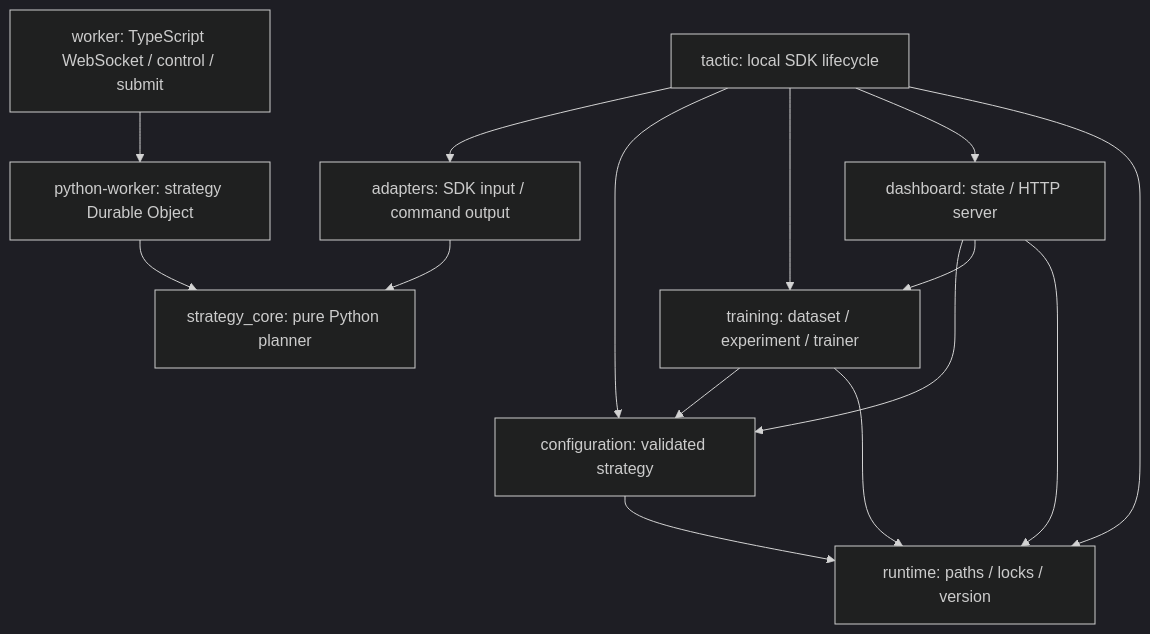
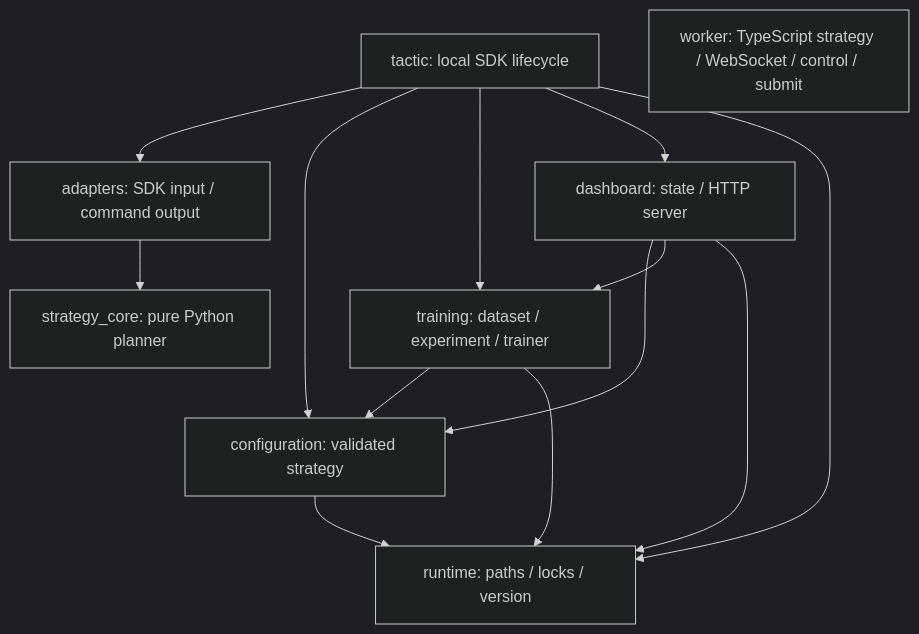
One commit to HySand/arena-hero-balanced-tactic changed the diagram in docs/PROJECT_STRUCTURE.md. Above: the diagram before and after it, drawn with Mermaid (dark theme). The commit also changed other lines of this file and 40 other files, not shown here.

````diff
--- a/docs/PROJECT_STRUCTURE.md
+++ b/docs/PROJECT_STRUCTURE.md
@@ -5,27 +5,24 @@
 ```mermaid
 graph TD
     R["runtime: paths / locks / version"]
     C["configuration: validated strategy"]
     T["training: dataset / experiment / trainer"]
     D["dashboard: state / HTTP server"]
     S["strategy_core: pure Python planner"]
     A["adapters: SDK input / command output"]
     E["tactic: local SDK lifecycle"]
-    PW["python-worker: strategy Durable Object"]
-    W["worker: TypeScript WebSocket / control / submit"]
+    W["worker: TypeScript strategy / WebSocket / control / submit"]
 
     C --> R
     T --> C
     T --> R
     D --> C
     D --> T
     D --> R
     A --> S
     E --> A
     E --> C
     E --> T
     E --> D
     E --> R
-    PW --> S
-    W --> PW
 ```
````
